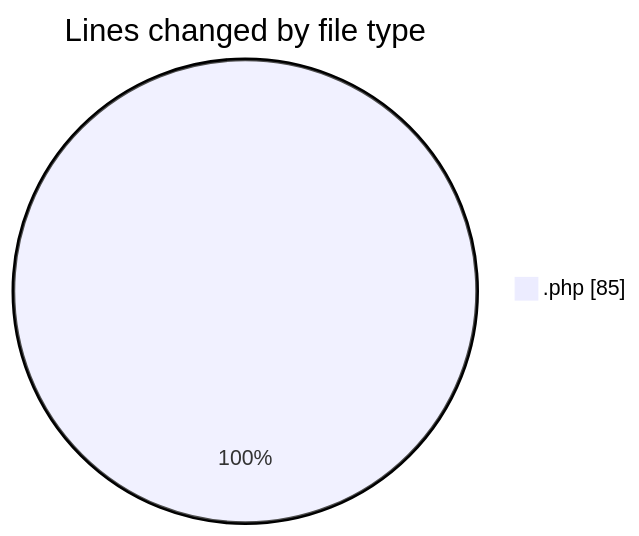
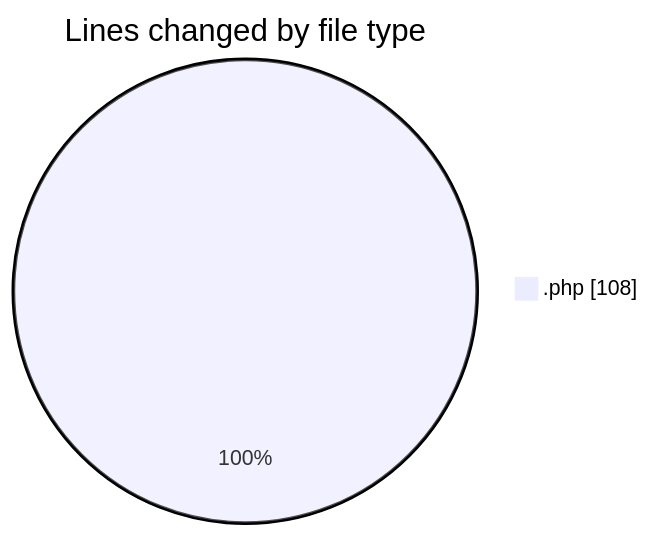
Before and after one commit to idhammustaqopulfikri/code-tracking: the first of 2 diagrams in 2025-06-18/studio-backend/README.md, drawn with Mermaid. The commit also changed other lines of this file and 1 other file, not shown here.

````diff
--- a/2025-06-18/studio-backend/README.md
+++ b/2025-06-18/studio-backend/README.md
@@ -21,5 +21,5 @@
 ```mermaid
 pie showData
 title Lines changed by file type
-".php" : 85
+".php" : 108
 ```
````
